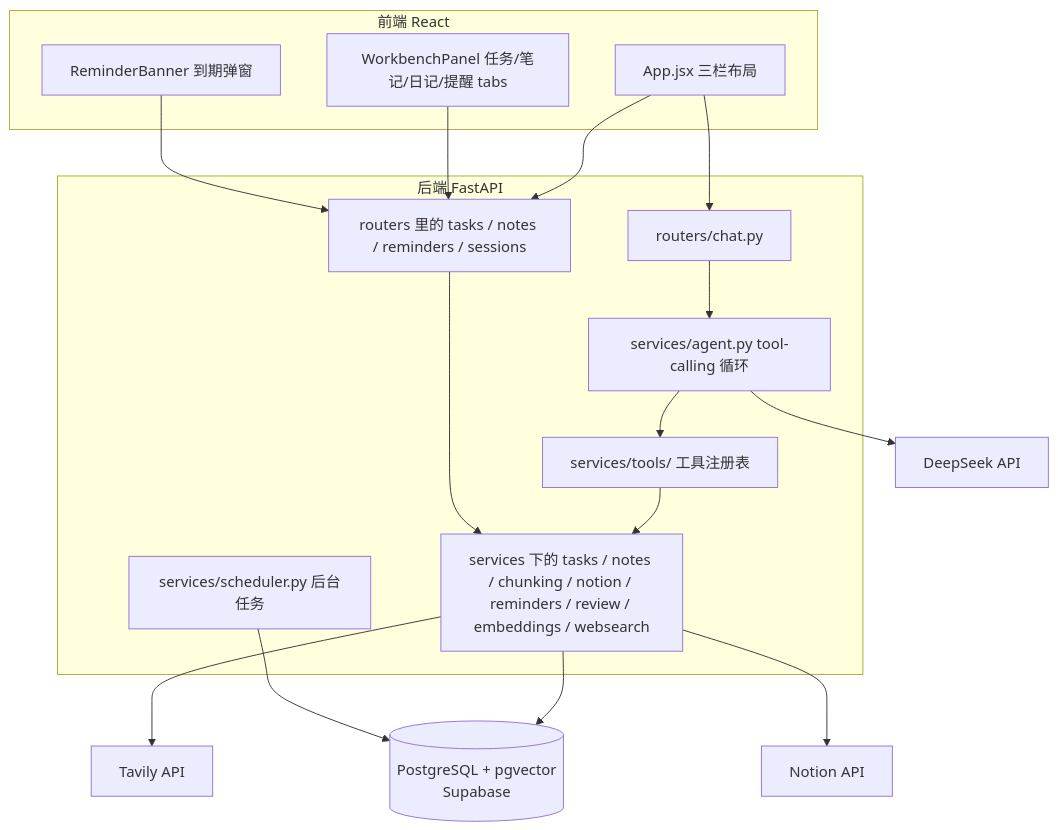
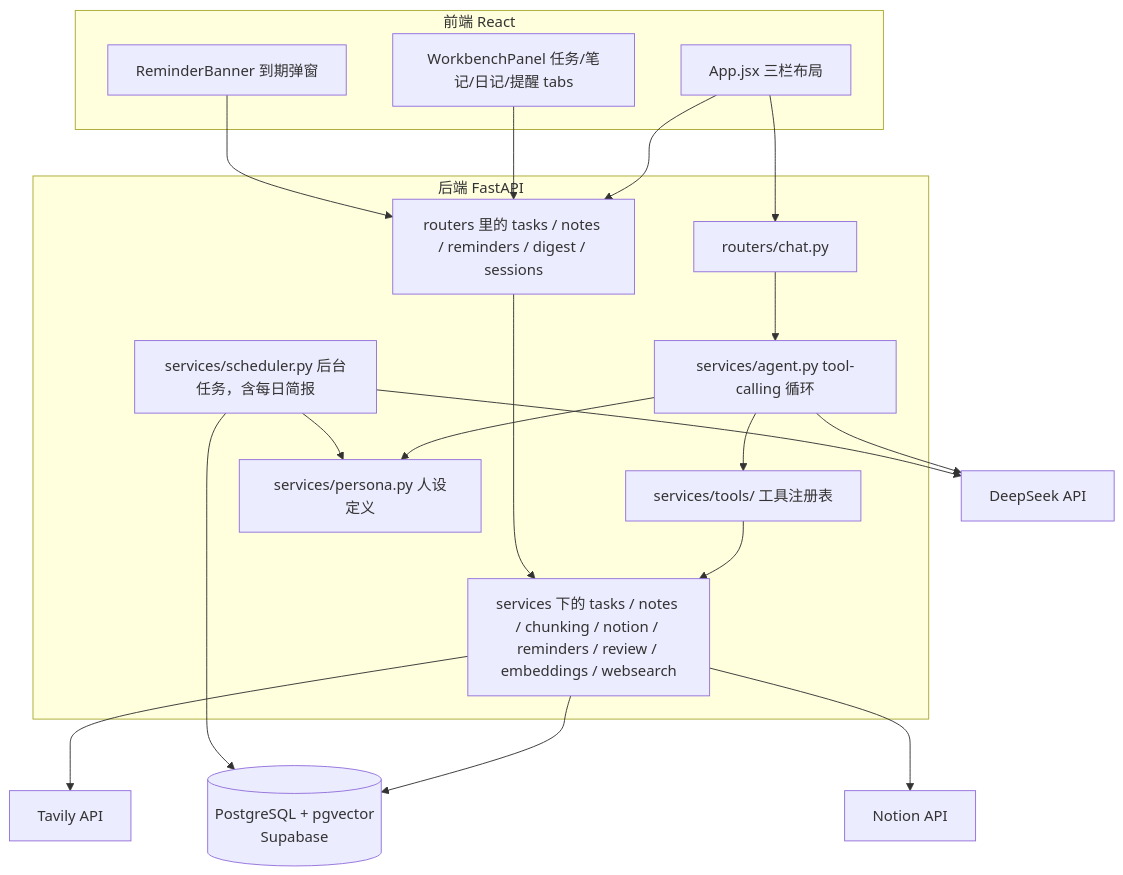
One commit to liou87/ai-chat changed the diagram in docs/ARCHITECTURE.md. Above: the diagram before and after it, drawn with Mermaid. The commit also changed other lines of this file and 14 other files, not shown here.

Commit message:
feat: give the assistant a persona (知行) + proactive daily digest

````diff
--- a/docs/ARCHITECTURE.md
+++ b/docs/ARCHITECTURE.md
@@ -35,37 +35,41 @@
 ```mermaid
 flowchart TB
     subgraph Frontend[前端 React]
         UI[App.jsx 三栏布局]
         WB[WorkbenchPanel 任务/笔记/日记/提醒 tabs]
         RB[ReminderBanner 到期弹窗]
     end
 
     subgraph Backend[后端 FastAPI]
         R1[routers/chat.py]
-        R2[routers 里的 tasks / notes / reminders / sessions]
+        R2[routers 里的 tasks / notes / reminders / digest / sessions]
         AGENT[services/agent.py tool-calling 循环]
         TOOLS[services/tools/ 工具注册表]
         SVC[services 下的 tasks / notes / chunking / notion / reminders / review / embeddings / websearch]
-        SCHED[services/scheduler.py 后台任务]
+        PERSONA[services/persona.py 人设定义]
+        SCHED[services/scheduler.py 后台任务，含每日简报]
     end
 
     DB[(PostgreSQL + pgvector<br/>Supabase)]
     DEEPSEEK[DeepSeek API]
     TAVILY[Tavily API]
     NOTION[Notion API]
 
     UI --> R1
     UI --> R2
     WB --> R2
     RB --> R2
 
     R1 --> AGENT
     AGENT --> TOOLS
+    AGENT --> PERSONA
     TOOLS --> SVC
     AGENT --> DEEPSEEK
     SVC --> DB
     SVC --> TAVILY
     SVC --> NOTION
     SCHED --> DB
+    SCHED --> PERSONA
+    SCHED --> DEEPSEEK
     R2 --> SVC
 ```
````
